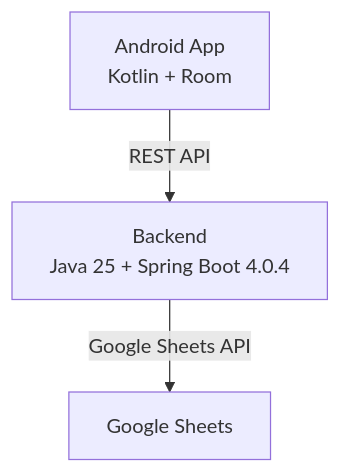
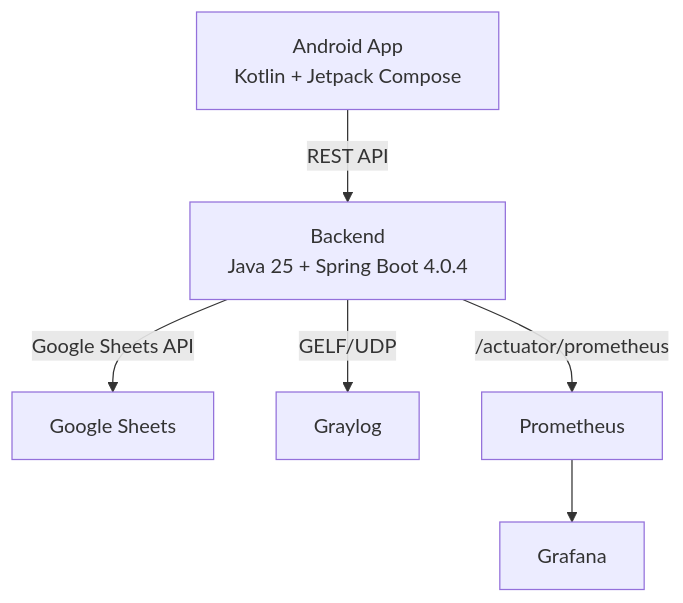
One commit to Terpsihoransk/spending_tracker changed the first of 2 diagrams in AGENTS.md. Above: the diagram before and after it, drawn with Mermaid. The commit also changed other lines of this file and 2 other files, not shown here.

````diff
--- a/AGENTS.md
+++ b/AGENTS.md
@@ -19,5 +19,7 @@
 ```mermaid
 graph TD
-    Android[Android App<br/>Kotlin + Room] -->|REST API| Backend[Backend<br/>Java 25 + Spring Boot 4.0.4]
+    Android[Android App<br/>Kotlin + Jetpack Compose] -->|REST API| Backend[Backend<br/>Java 25 + Spring Boot 4.0.4]
     Backend -->|Google Sheets API| GoogleSheets[Google Sheets]
+    Backend -->|GELF/UDP| Graylog[Graylog]
+    Backend -->|/actuator/prometheus| Prometheus[Prometheus] --> Grafana[Grafana]
 ```
````
